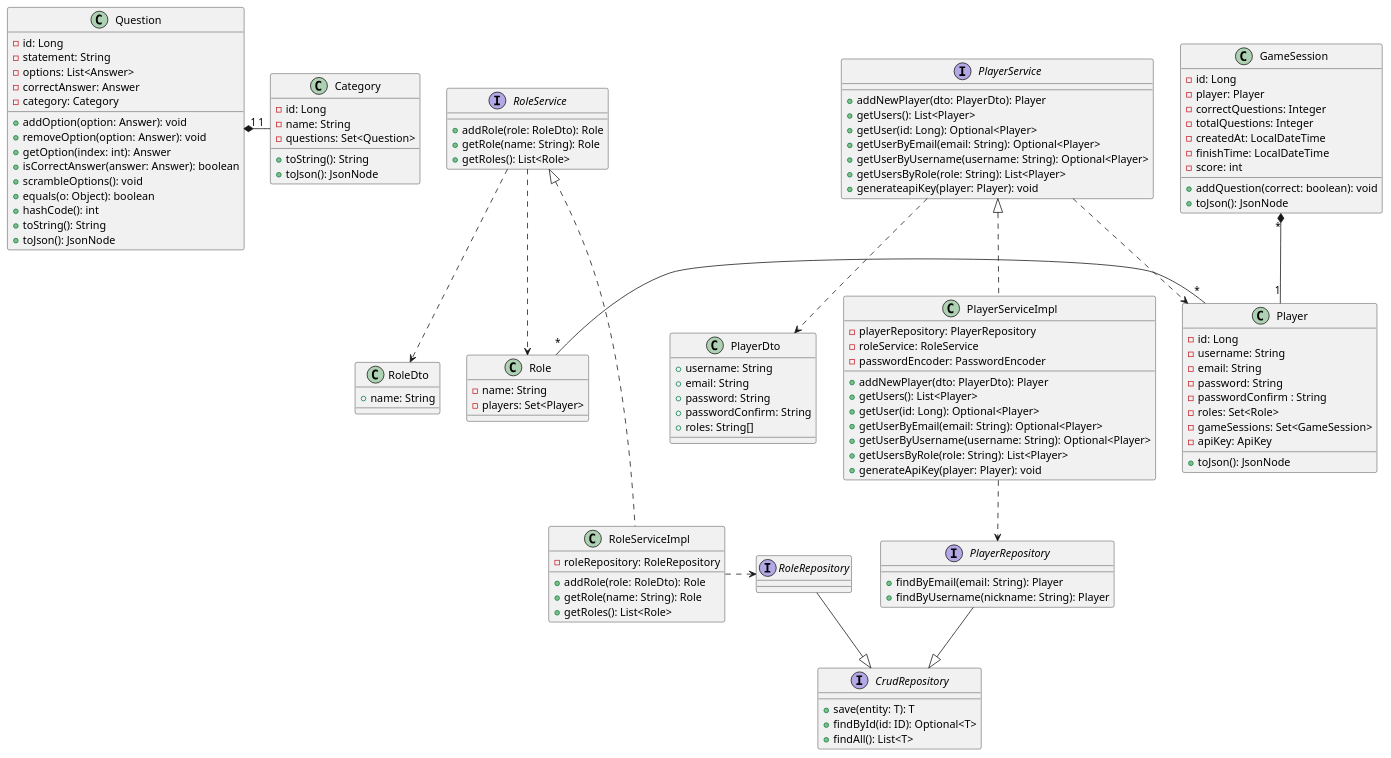
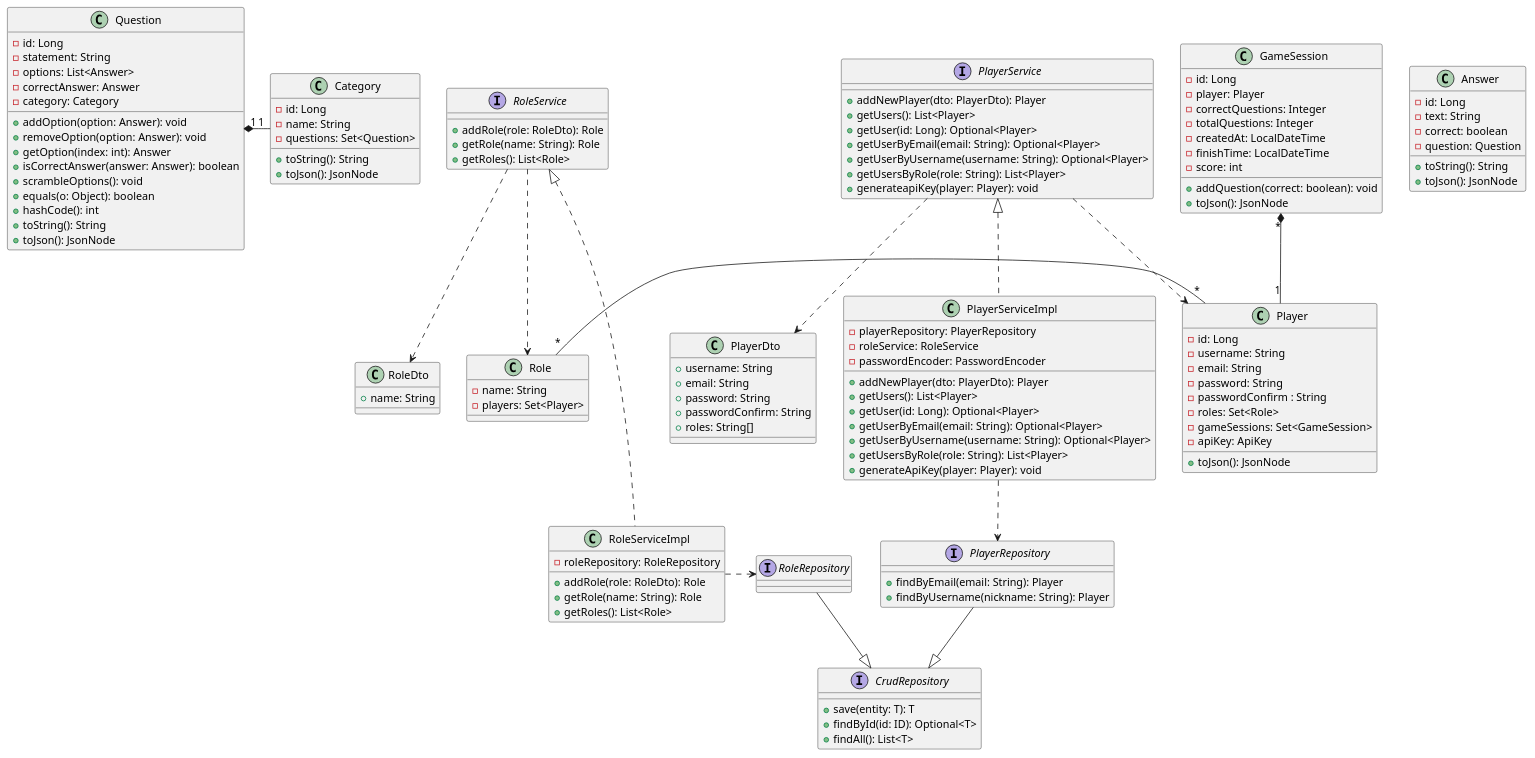
The first of 2 diagrams in docs/src/08_concepts.adoc (Arquisoft/wiq_es04b), drawn with PlantUML before and after one commit.

Commit message:
Answer creado

```diff
--- a/docs/src/08_concepts.adoc
+++ b/docs/src/08_concepts.adoc
@@ -65,6 +65,15 @@
 class Role {
     - name: String
     - players: Set<Player>
+}
+
+class Answer {
+    - id: Long
+    - text: String
+    - correct: boolean
+    - question: Question
+    + toString(): String
+    + toJson(): JsonNode
 }
 
 interface PlayerService {
```
